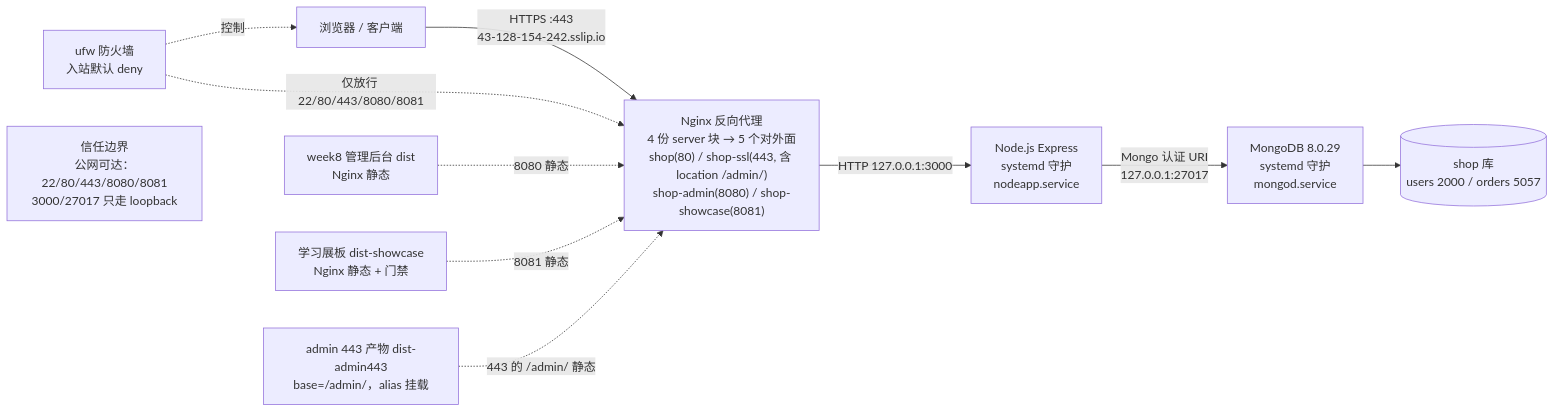
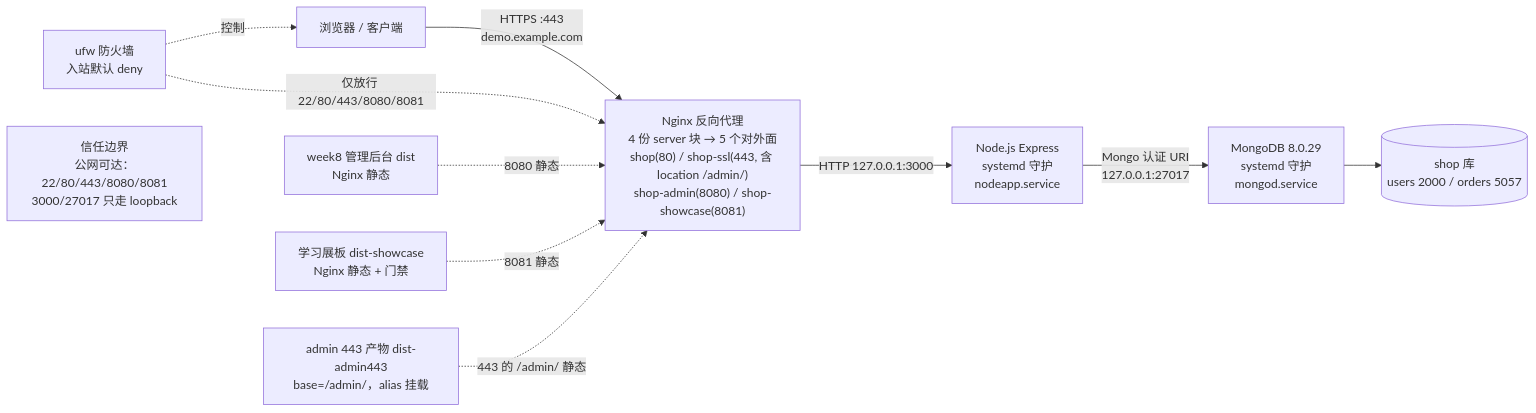
The first of 9 diagrams in week9-deployment/notes/week9-roadmap-d1-d4.md (NiceFreak/nodejs-skillup), drawn with Mermaid before and after one commit. The commit also changed other lines of this file and 85 other files, not shown here.

````diff
--- a/week9-deployment/notes/week9-roadmap-d1-d4.md
+++ b/week9-deployment/notes/week9-roadmap-d1-d4.md
@@ -20,14 +20,14 @@
 ```mermaid
 flowchart LR
-    U["浏览器 / 客户端"] -->|"HTTPS :443<br/>43-128-154-242.sslip.io"| NG["Nginx 反向代理<br/>4 份 server 块 → 5 个对外面<br/>shop(80) / shop-ssl(443, 含 location /admin/)<br/>shop-admin(8080) / shop-showcase(8081)"]
+    U["浏览器 / 客户端"] -->|"HTTPS :443<br/>demo.example.com"| NG["Nginx 反向代理<br/>4 份 server 块 → 5 个对外面<br/>shop(80) / shop-ssl(443, 含 location /admin/)<br/>shop-admin(8080) / shop-showcase(8081)"]
     NG -->|"HTTP 127.0.0.1:3000"| ND["Node.js Express<br/>systemd 守护<br/>nodeapp.service"]
     ND -->|"Mongo 认证 URI<br/>127.0.0.1:27017"| MG["MongoDB 8.0.29<br/>systemd 守护<br/>mongod.service"]
     MG --> DB[("shop 库<br/>users 2000 / orders 5057")]
 
     FW["ufw 防火墙<br/>入站默认 deny"] -.控制.-> U
     FW -.仅放行 22/80/443/8080/8081.-> NG
     S1["week8 管理后台 dist<br/>Nginx 静态"] -.8080 静态.-> NG
     S2["学习展板 dist-showcase<br/>Nginx 静态 + 门禁"] -.8081 静态.-> NG
     S3["admin 443 产物 dist-admin443<br/>base=/admin/，alias 挂载"] -.443 的 /admin/ 静态.-> NG
     NOTE["信任边界<br/>公网可达：22/80/443/8080/8081<br/>3000/27017 只走 loopback"]
 ```
````
